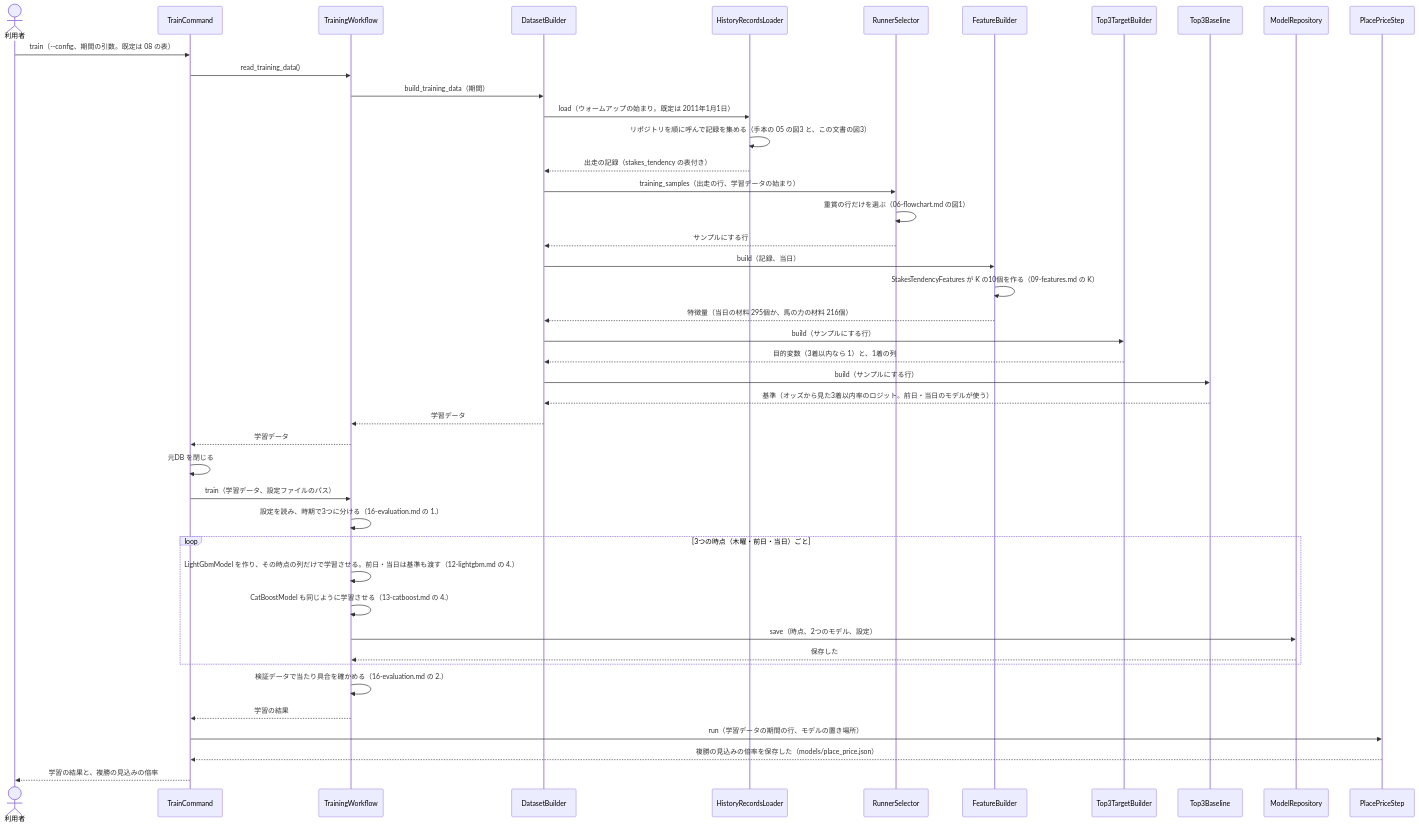
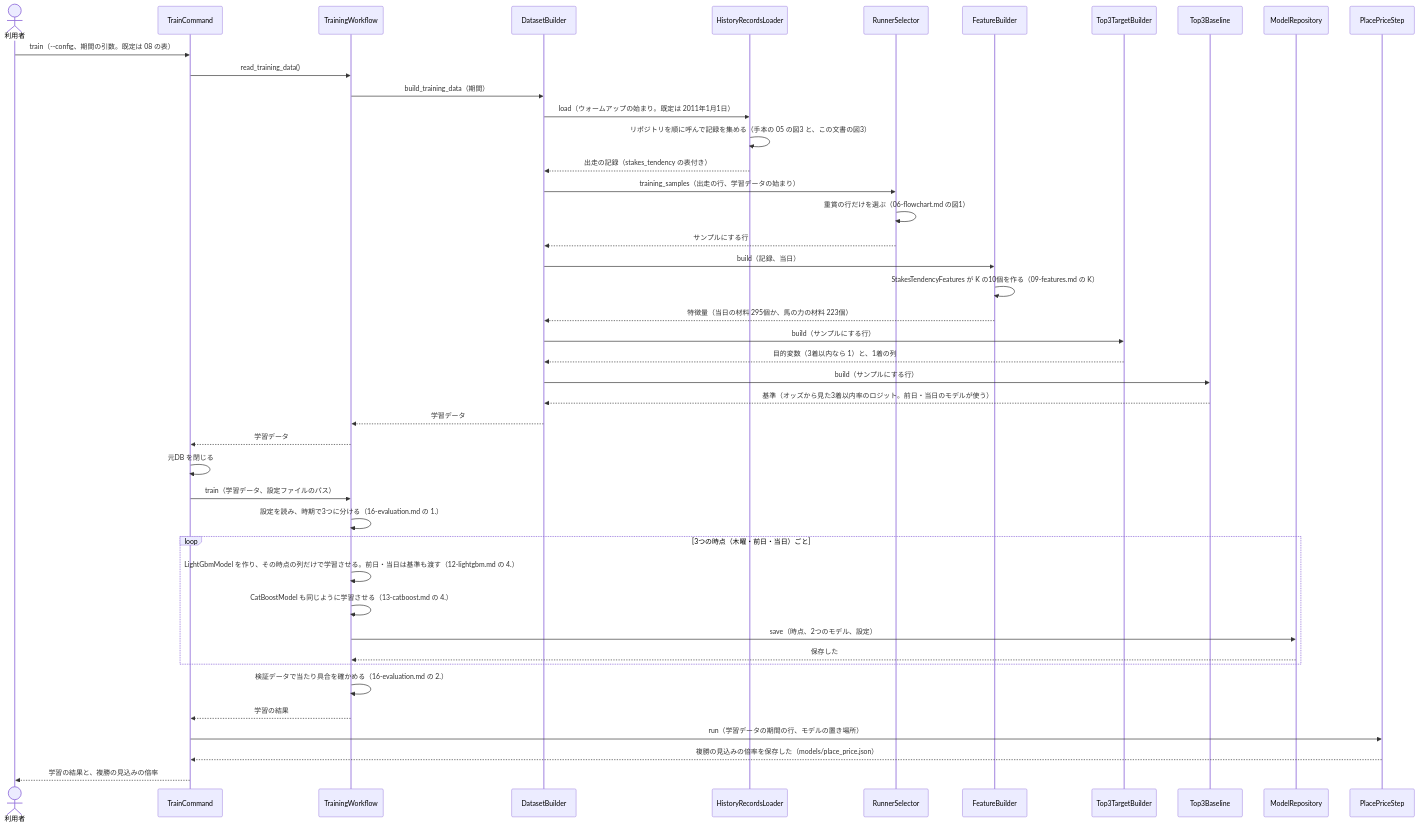
The first of 3 diagrams in docs/design/重賞の傾向と近走から3着以内を予想/05-sequence.md (ht-0328/keiba-yosou), drawn with Mermaid before and after one commit. The commit also changed other lines of this file and 12 other files, not shown here.

````diff
--- a/docs/design/重賞の傾向と近走から3着以内を予想/05-sequence.md
+++ b/docs/design/重賞の傾向と近走から3着以内を予想/05-sequence.md
@@ -13,46 +13,46 @@
 ```mermaid
 sequenceDiagram
     actor U as 利用者
     participant C as TrainCommand
     participant W as TrainingWorkflow
     participant D as DatasetBuilder
     participant L as HistoryRecordsLoader
     participant RS as RunnerSelector
     participant F as FeatureBuilder
     participant T as Top3TargetBuilder
     participant B as Top3Baseline
     participant MR as ModelRepository
     participant PP as PlacePriceStep
     U->>C: train（--config、期間の引数。既定は 08 の表）
     C->>W: read_training_data()
     W->>D: build_training_data（期間）
     D->>L: load（ウォームアップの始まり。既定は 2011年1月1日）
     L->>L: リポジトリを順に呼んで記録を集める（手本の 05 の図3 と、この文書の図3）
     L-->>D: 出走の記録（stakes_tendency の表付き）
     D->>RS: training_samples（出走の行、学習データの始まり）
     RS->>RS: 重賞の行だけを選ぶ（06-flowchart.md の図1）
     RS-->>D: サンプルにする行
     D->>F: build（記録、当日）
     F->>F: StakesTendencyFeatures が K の10個を作る（09-features.md の K）
-    F-->>D: 特徴量（当日の材料 295個か、馬の力の材料 216個）
+    F-->>D: 特徴量（当日の材料 295個か、馬の力の材料 223個）
     D->>T: build（サンプルにする行）
     T-->>D: 目的変数（3着以内なら 1）と、1着の列
     D->>B: build（サンプルにする行）
     B-->>D: 基準（オッズから見た3着以内率のロジット。前日・当日のモデルが使う）
     D-->>W: 学習データ
     W-->>C: 学習データ
     C->>C: 元DB を閉じる
     C->>W: train（学習データ、設定ファイルのパス）
     W->>W: 設定を読み、時期で3つに分ける（16-evaluation.md の 1.）
     loop 3つの時点（木曜・前日・当日）ごと
         W->>W: LightGbmModel を作り、その時点の列だけで学習させる。前日・当日は基準も渡す（12-lightgbm.md の 4.）
         W->>W: CatBoostModel も同じように学習させる（13-catboost.md の 4.）
         W->>MR: save（時点、2つのモデル、設定）
         MR-->>W: 保存した
     end
     W->>W: 検証データで当たり具合を確かめる（16-evaluation.md の 2.）
     W-->>C: 学習の結果
     C->>PP: run（学習データの期間の行、モデルの置き場所）
     PP-->>C: 複勝の見込みの倍率を保存した（models/place_price.json）
     C-->>U: 学習の結果と、複勝の見込みの倍率
 ```
````
